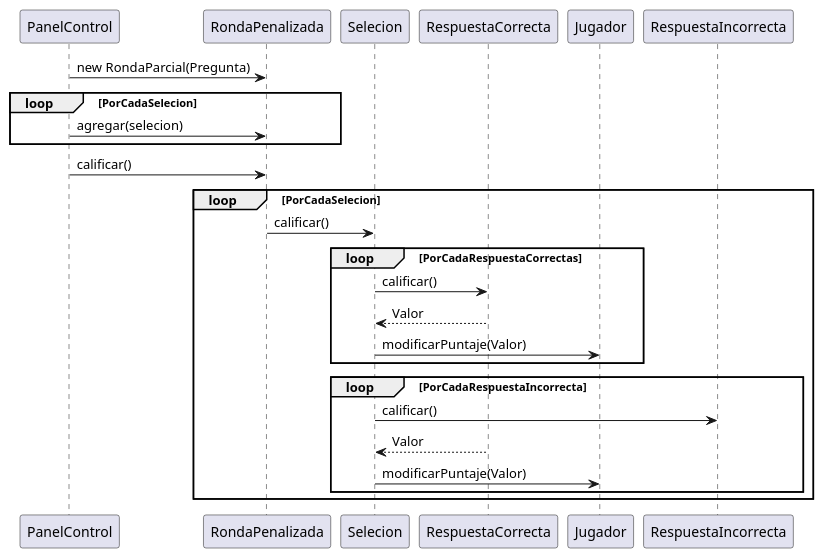
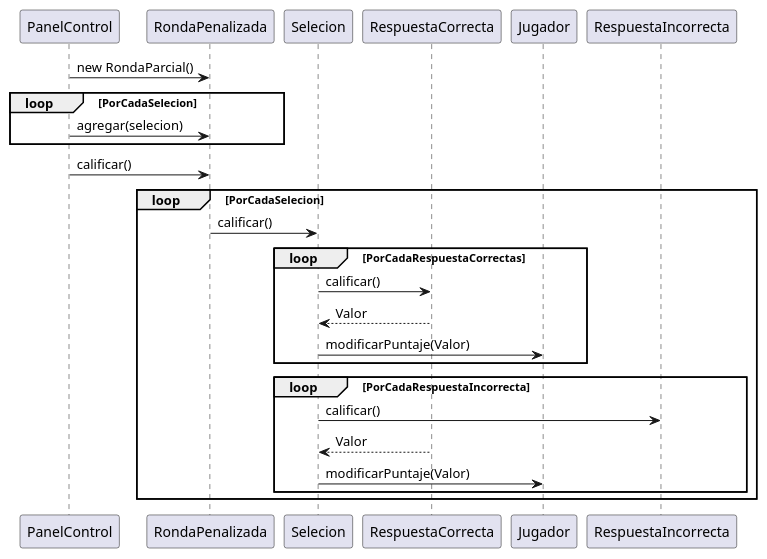
The diagram in src/main/java/edu/fiuba/algo3/modelo/diagramas/DSPreguntaChoicePenalizada.puml (AmayaSantos/TP2-1), drawn with PlantUML before and after one commit. The commit also changed 6 other files, not shown here.

```diff
--- a/src/main/java/edu/fiuba/algo3/modelo/diagramas/DSPreguntaChoicePenalizada.puml
+++ b/src/main/java/edu/fiuba/algo3/modelo/diagramas/DSPreguntaChoicePenalizada.puml
@@ -1,21 +1,21 @@
 @startuml
 
-PanelControl ->RondaPenalizada: new RondaParcial(Pregunta)
+PanelControl ->RondaPenalizada: new RondaParcial()
     loop  PorCadaSelecion
     PanelControl -> RondaPenalizada:  agregar(selecion)
     end
 PanelControl ->RondaPenalizada: calificar()
 loop PorCadaSelecion
 RondaPenalizada -> Selecion: calificar()
     loop PorCadaRespuestaCorrectas
         Selecion -> RespuestaCorrecta:calificar()
         RespuestaCorrecta --> Selecion: Valor
         Selecion -> Jugador: modificarPuntaje(Valor)
     end
     loop PorCadaRespuestaIncorrecta
            Selecion -> RespuestaIncorrecta:calificar()
            RespuestaCorrecta --> Selecion: Valor
            Selecion -> Jugador: modificarPuntaje(Valor)
            end
     end
 @enduml
```
